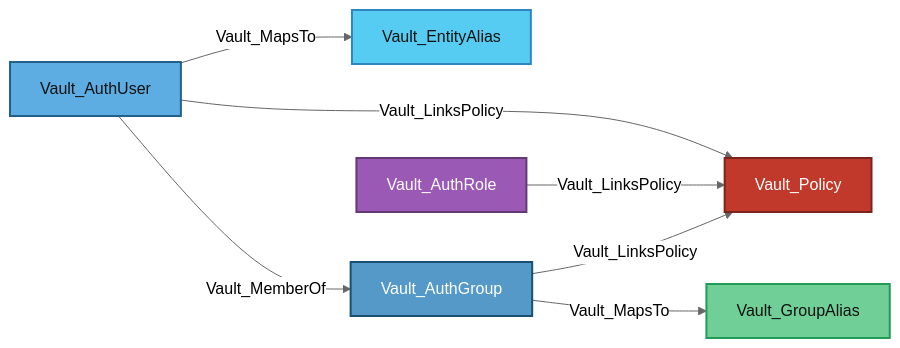
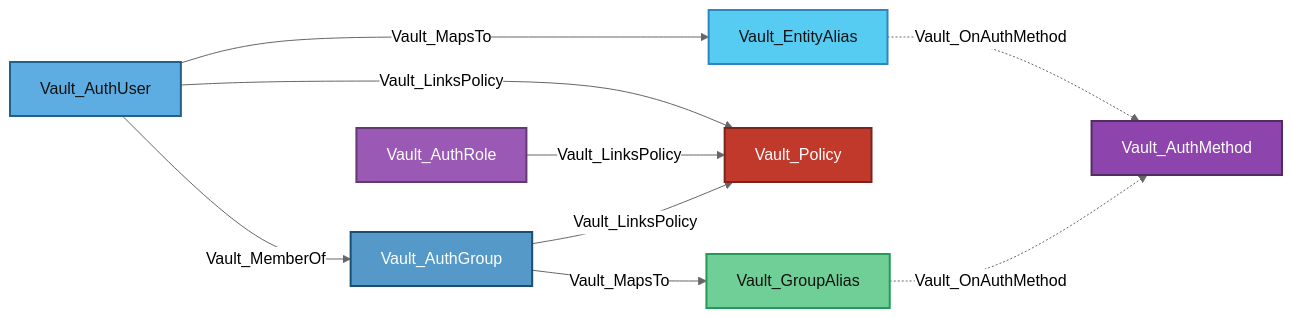
One commit to bytewreck/opengraph-vault changed the third of 28 diagrams in Documentation/stores/AUTH.md. Above: the diagram before and after it, drawn with Mermaid (neutral theme). The commit also changed other lines of this file and 4 other files, not shown here.

````diff
--- a/Documentation/stores/AUTH.md
+++ b/Documentation/stores/AUTH.md
@@ -148,16 +149,20 @@
 ```mermaid
 flowchart LR
+    method[Vault_AuthMethod]:::authMethodNode
     AU[Vault_AuthUser]:::authUserNode -->|Vault_MapsTo| EA[Vault_EntityAlias]:::entityAliasNode
+    EA -.->|Vault_OnAuthMethod| method
     AU -->|Vault_LinksPolicy| P1[Vault_Policy]:::policyNode
     AR[Vault_AuthRole]:::authRoleNode -->|Vault_LinksPolicy| P1
     AG[Vault_AuthGroup]:::authGroupNode -->|Vault_MapsTo| GA[Vault_GroupAlias]:::groupAliasNode
+    GA -.->|Vault_OnAuthMethod| method
     AG -->|Vault_LinksPolicy| P1
     AU -->|Vault_MemberOf| AG
 
+    classDef authMethodNode fill:#8E44AD,color:#fff,stroke:#512E5F,stroke-width:2px
     classDef authRoleNode fill:#9B59B6,color:#fff,stroke:#633974,stroke-width:2px
     classDef authUserNode fill:#5DADE2,color:#111,stroke:#21618C,stroke-width:2px
     classDef authGroupNode fill:#5499C7,color:#fff,stroke:#1B4F72,stroke-width:2px
     classDef entityAliasNode fill:#56CCF2,color:#111,stroke:#2E86C1,stroke-width:2px
     classDef groupAliasNode fill:#6FCF97,color:#111,stroke:#239B56,stroke-width:2px
     classDef policyNode fill:#C0392B,color:#fff,stroke:#7B241C,stroke-width:2px
 ```
````
